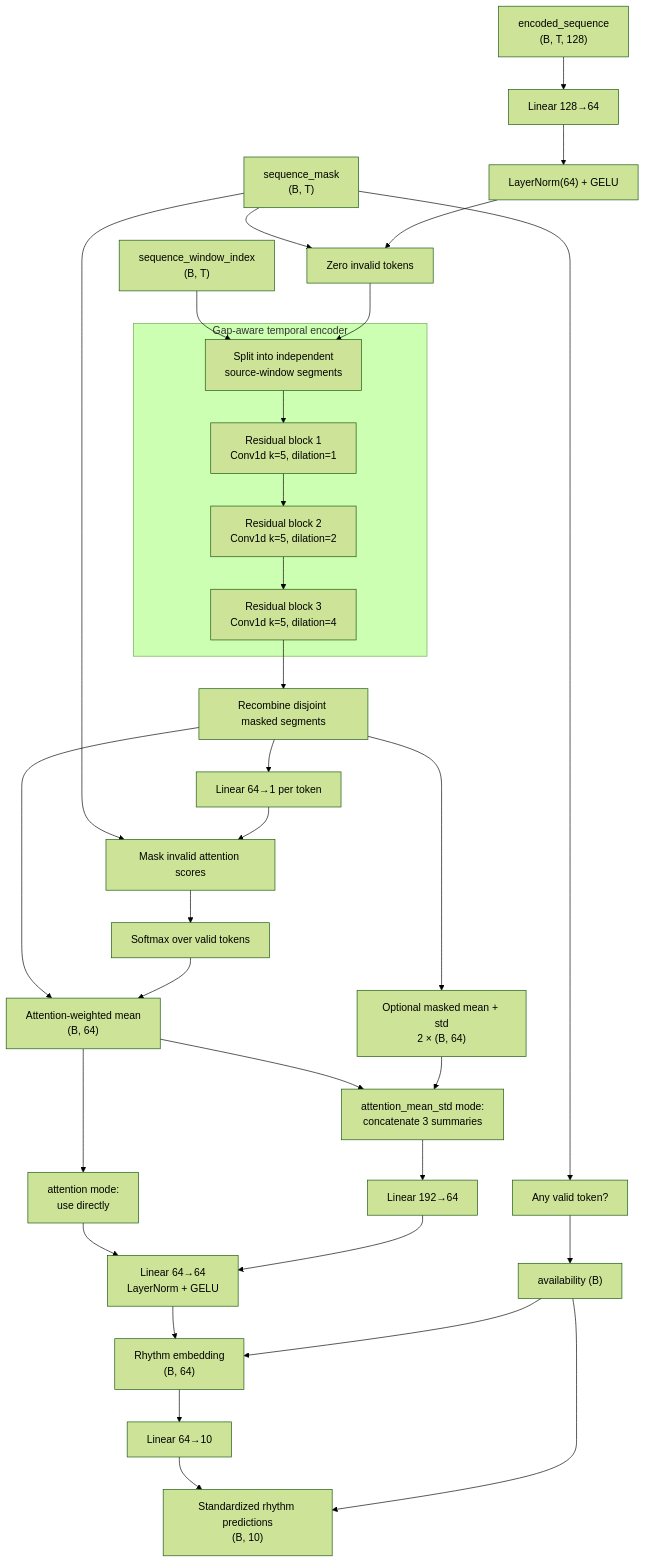
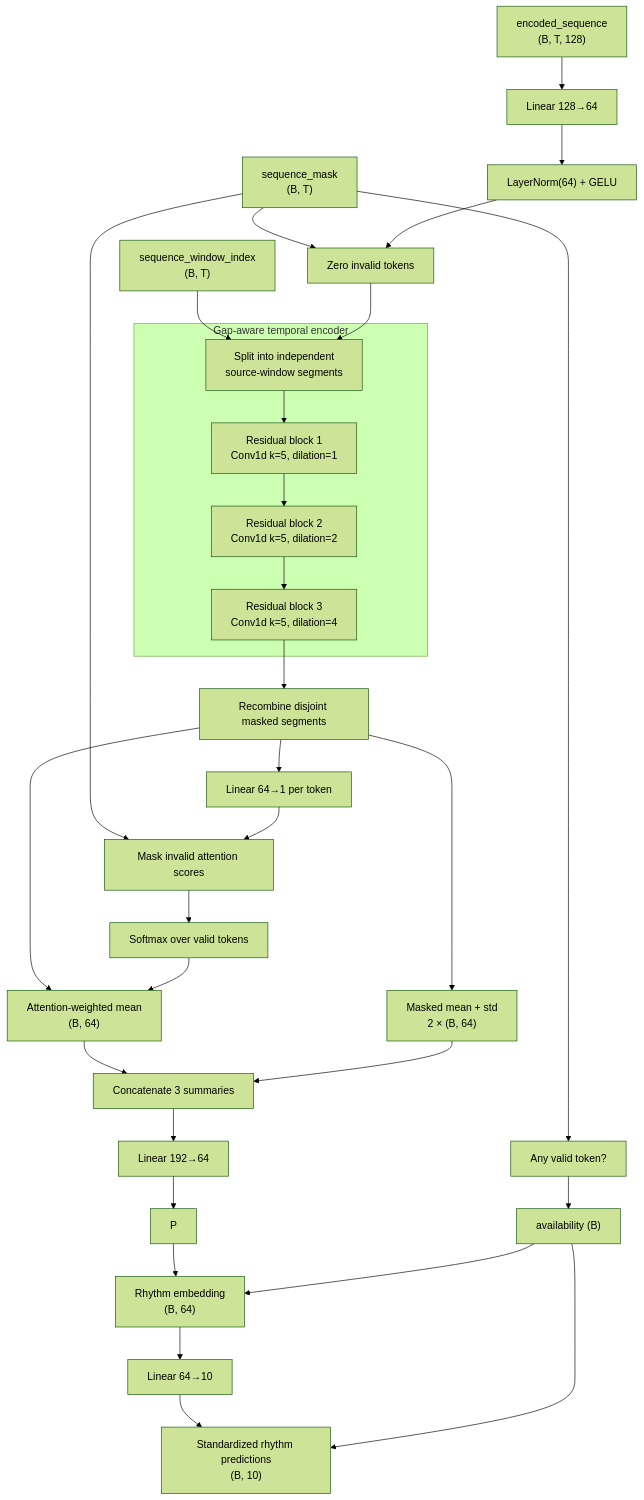
Before and after one commit to tharu-jwd/music-genre-classification: the second of 2 diagrams in rhythm-encoder-v1.md, drawn with Mermaid (forest theme). The commit also changed other lines of this file and 20 other files, not shown here.

````diff
--- a/rhythm-encoder-v1.md
+++ b/rhythm-encoder-v1.md
@@ -62,37 +62,35 @@
 ```mermaid
 flowchart TD
     A["encoded_sequence<br/>(B, T, 128)"] --> B["Linear 128→64"]
     B --> C["LayerNorm(64) + GELU"]
     M["sequence_mask<br/>(B, T)"] --> D["Zero invalid tokens"]
     C --> D
     W["sequence_window_index<br/>(B, T)"] --> E["Split into independent<br/>source-window segments"]
     D --> E
 
     subgraph TEMP["Gap-aware temporal encoder"]
         E --> R1["Residual block 1<br/>Conv1d k=5, dilation=1"]
         R1 --> R2["Residual block 2<br/>Conv1d k=5, dilation=2"]
         R2 --> R3["Residual block 3<br/>Conv1d k=5, dilation=4"]
     end
 
     R3 --> J["Recombine disjoint masked segments"]
     J --> K["Linear 64→1 per token"]
     M --> L["Mask invalid attention scores"]
     K --> L
     L --> N["Softmax over valid tokens"]
     J --> O["Attention-weighted mean<br/>(B, 64)"]
     N --> O
-    J --> V["Optional masked mean + std<br/>2 × (B, 64)"]
-    O --> X["attention mode:<br/>use directly"]
-    O --> Y["attention_mean_std mode:<br/>concatenate 3 summaries"]
+    J --> V["Masked mean + std<br/>2 × (B, 64)"]
+    O --> Y["Concatenate 3 summaries"]
     V --> Y
     Y --> Z["Linear 192→64"]
-    X --> P["Linear 64→64<br/>LayerNorm + GELU"]
     Z --> P
     P --> Q["Rhythm embedding<br/>(B, 64)"]
     Q --> R["Linear 64→10"]
     R --> S["Standardized rhythm predictions<br/>(B, 10)"]
     M --> T["Any valid token?"]
     T --> U["availability (B)"]
     U --> Q
     U --> S
 ```
````
